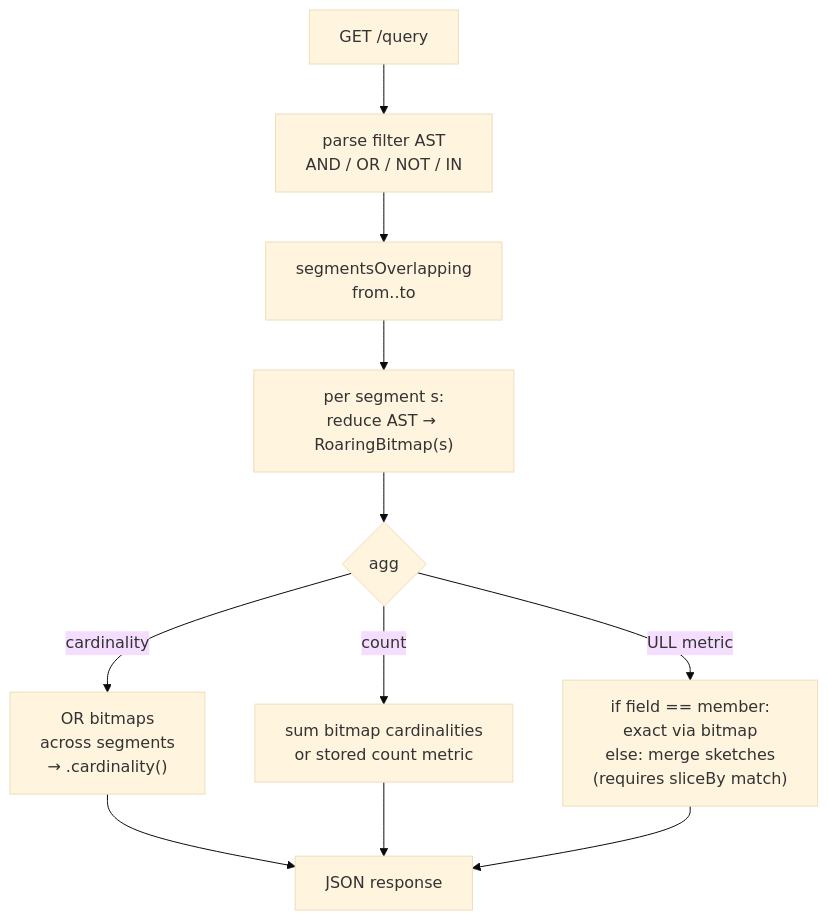
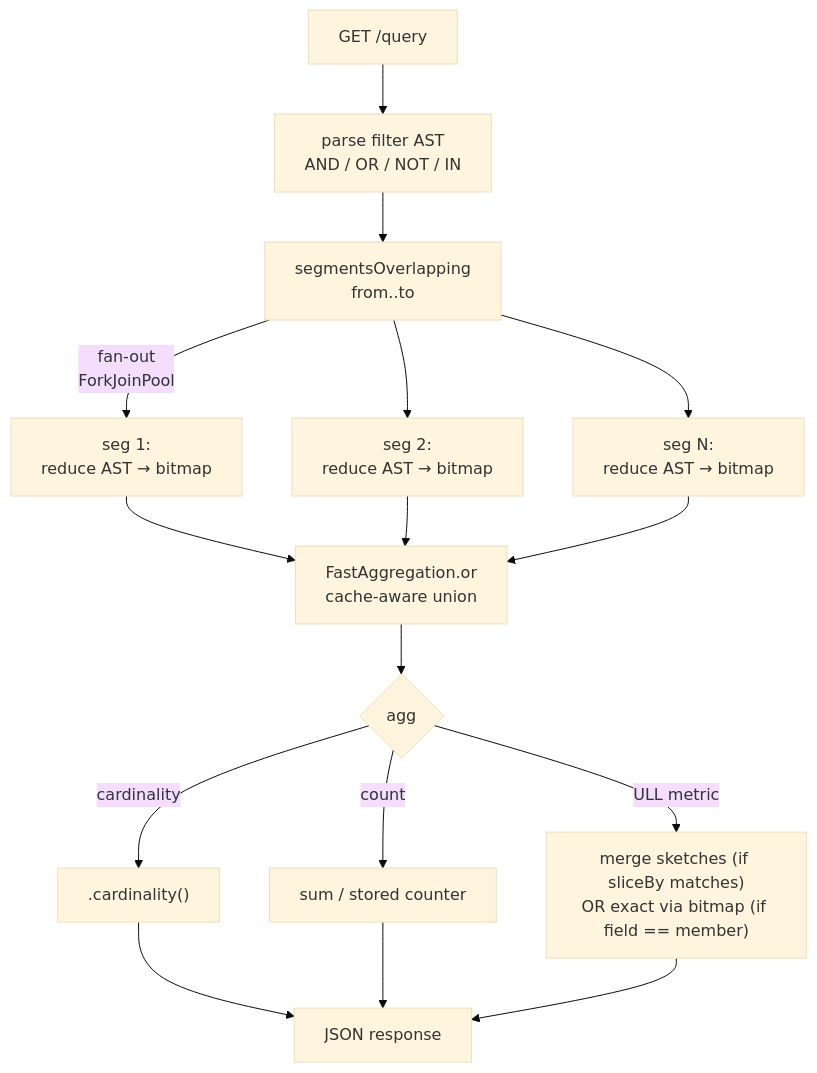
One commit to sderosiaux/kafka-roaring-indexer changed the fourth of 4 diagrams in README.md. Above: the diagram before and after it, drawn with Mermaid (base theme). The commit also changed other lines of this file and 6 other files, not shown here.

````diff
--- a/README.md
+++ b/README.md
@@ -121,13 +122,18 @@
 ```mermaid
 flowchart TD
   Q[GET /query] --> P[parse filter AST<br/>AND / OR / NOT / IN]
   P --> F[segmentsOverlapping<br/>from..to]
-  F --> R["per segment s:<br/>reduce AST → RoaringBitmap(s)"]
-  R --> A{agg}
-  A -->|cardinality| U["OR bitmaps<br/>across segments<br/>→ .cardinality()"]
-  A -->|count| SC["sum bitmap cardinalities<br/>or stored count metric"]
-  A -->|ULL metric| M["if field == member:<br/>exact via bitmap<br/>else: merge sketches<br/>(requires sliceBy match)"]
+  F -->|fan-out<br/>ForkJoinPool| R1["seg 1:<br/>reduce AST → bitmap"]
+  F --> R2["seg 2:<br/>reduce AST → bitmap"]
+  F --> R3["seg N:<br/>reduce AST → bitmap"]
+  R1 --> G[FastAggregation.or<br/>cache-aware union]
+  R2 --> G
+  R3 --> G
+  G --> A{agg}
+  A -->|cardinality| U[".cardinality()"]
+  A -->|count| SC[sum / stored counter]
+  A -->|ULL metric| M["merge sketches (if sliceBy matches)<br/>OR exact via bitmap (if field == member)"]
   U --> O[JSON response]
   SC --> O
   M --> O
 ```
````
